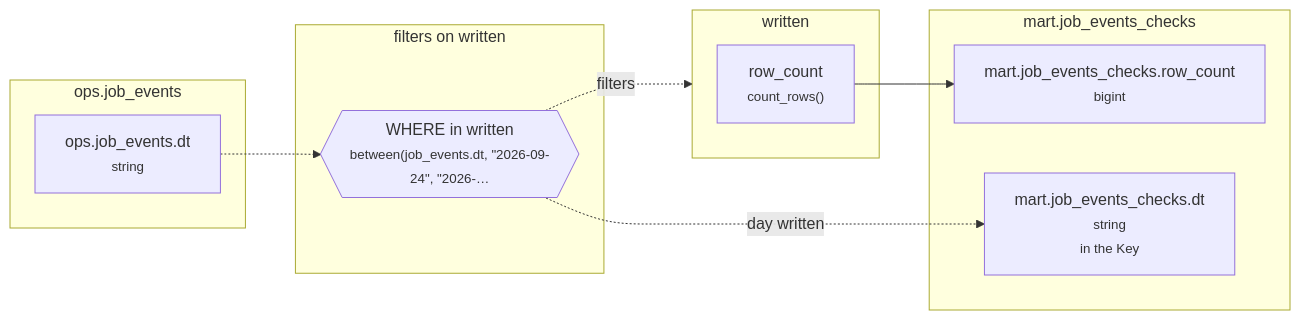
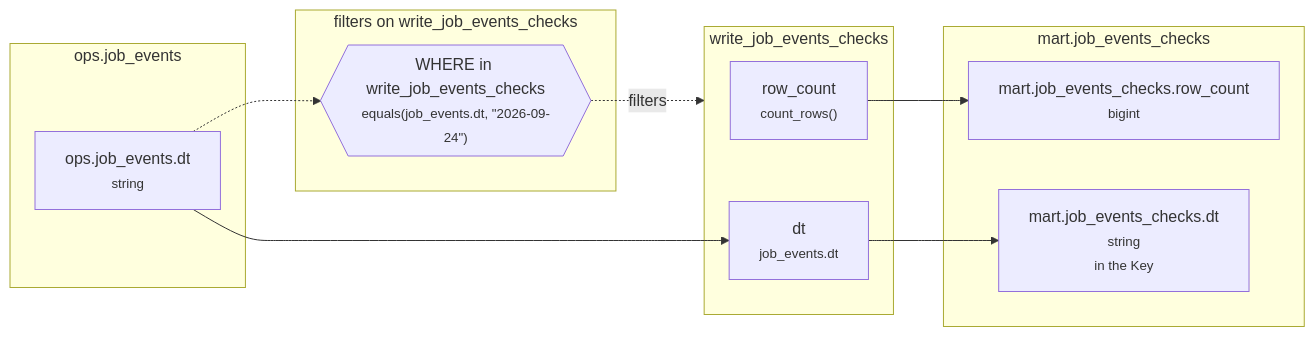
The diagram in example_projects/intermediate/tables/mart__job_events_checks/lineage/20260925-060000-mart__job_events_checks.md (EdgyPage/SQL-Composer), drawn with Mermaid before and after one commit. The commit also changed other lines of this file and 134 other files, not shown here.

````diff
--- a/example_projects/intermediate/tables/mart__job_events_checks/lineage/20260925-060000-mart__job_events_checks.md
+++ b/example_projects/intermediate/tables/mart__job_events_checks/lineage/20260925-060000-mart__job_events_checks.md
@@ -8,20 +8,22 @@
 ```mermaid
 flowchart LR
-  subgraph g0["written"]
+  subgraph g0["write_job_events_checks"]
     n0["row_count<br/><small>count_rows()</small>"]
+    n2["dt<br/><small>job_events.dt</small>"]
   end
-  subgraph g1["filters on written"]
-    n1{{"WHERE in written<br/><small>between(job_events.dt, #quot;2026-09-24#quot;, #quot;2026-…</small>"}}
+  subgraph g1["ops.job_events"]
+    n1["ops.job_events.dt<br/><small>string</small>"]
   end
-  subgraph g2["ops.job_events"]
-    n2["ops.job_events.dt<br/><small>string</small>"]
+  subgraph g2["filters on write_job_events_checks"]
+    n3{{"WHERE in write_job_events_checks<br/><small>equals(job_events.dt, #quot;2026-09-24#quot;)</small>"}}
   end
   subgraph g3["mart.job_events_checks"]
-    n3["mart.job_events_checks.row_count<br/><small>bigint</small>"]
-    n4["mart.job_events_checks.dt<br/><small>string</small><br/><small>in the Key</small>"]
+    n4["mart.job_events_checks.row_count<br/><small>bigint</small>"]
+    n5["mart.job_events_checks.dt<br/><small>string</small><br/><small>in the Key</small>"]
   end
-  n2 -.-> n1
-  n0 --> n3
-  n1 -.->|day written| n4
-  n1 -.->|filters| g0
+  n1 --> n2
+  n1 -.-> n3
+  n0 --> n4
+  n2 --> n5
+  n3 -.->|filters| g0
 ```
````
